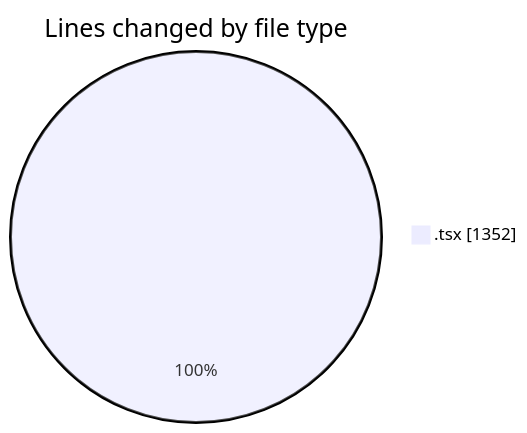
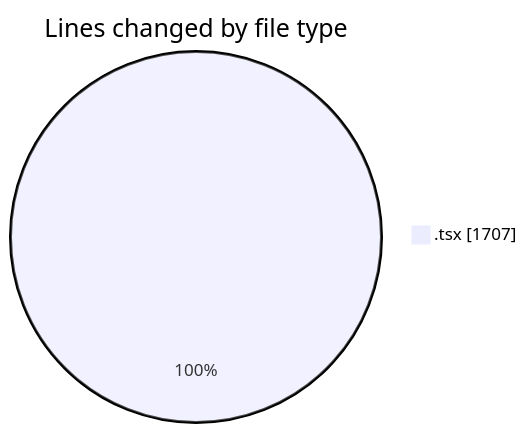
One commit to Ritupan-Deka/code-tracking changed the first of 2 diagrams in 2025-10-19/scopecraft/README.md. Above: the diagram before and after it, drawn with Mermaid. The commit also changed other lines of this file and 1 other file, not shown here.

````diff
--- a/2025-10-19/scopecraft/README.md
+++ b/2025-10-19/scopecraft/README.md
@@ -25,5 +27,5 @@
 ```mermaid
 pie showData
 title Lines changed by file type
-".tsx" : 1352
+".tsx" : 1707
 ```
````
